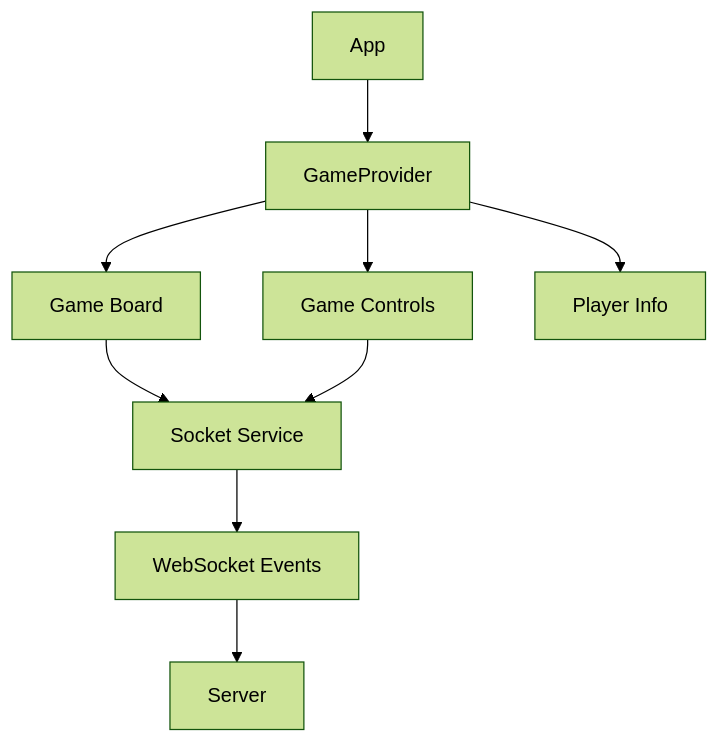
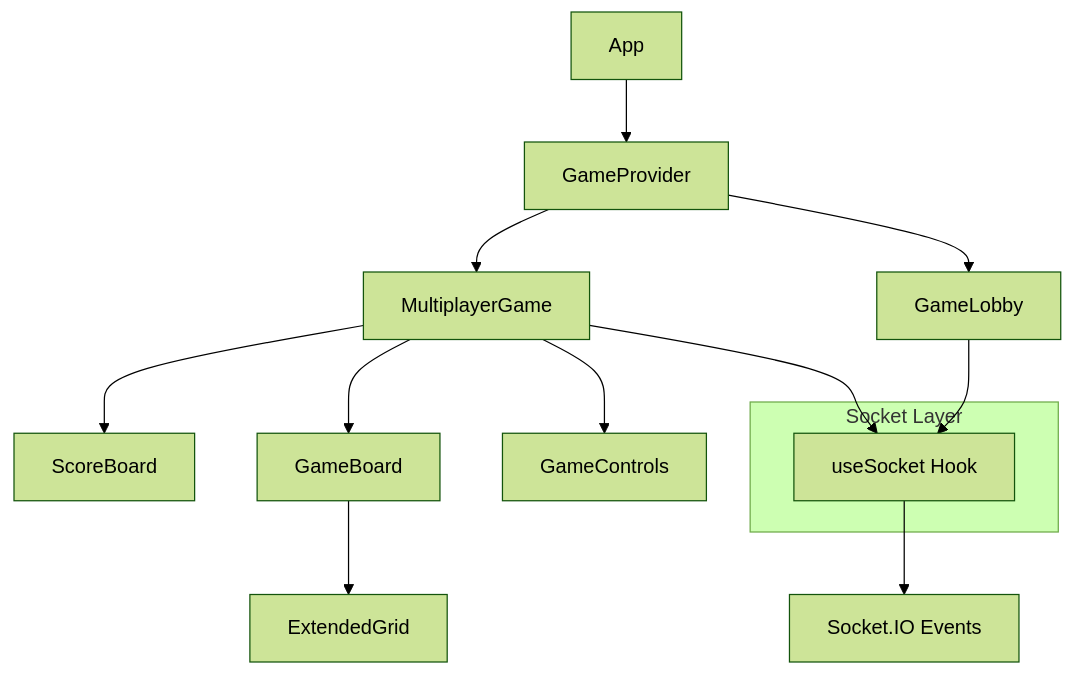
One commit to vcb88/ctorgame changed the second of 8 diagrams in docs/ARCHITECTURE.md. Above: the diagram before and after it, drawn with Mermaid (forest theme). The commit also changed other lines of this file and 1 other file, not shown here.

First line of the commit message:
docs: update architecture documentation and add setup guide

````diff
--- a/docs/ARCHITECTURE.md
+++ b/docs/ARCHITECTURE.md
@@ -29,11 +43,18 @@
 ```mermaid
 graph TD
     A[App] --> B[GameProvider]
-    B --> C[Game Board]
-    B --> D[Game Controls]
-    B --> E[Player Info]
-    C --> F[Socket Service]
-    D --> F
-    F --> G[WebSocket Events]
-    G --> H[Server]
+    B --> C[MultiplayerGame]
+    B --> D[GameLobby]
+    C --> E[ScoreBoard]
+    C --> F[GameBoard]
+    C --> G[GameControls]
+    F --> H[ExtendedGrid]
+    
+    subgraph Socket Layer
+        I[useSocket Hook]
+    end
+    
+    C --> I
+    D --> I
+    I --> J[Socket.IO Events]
 ```
````
